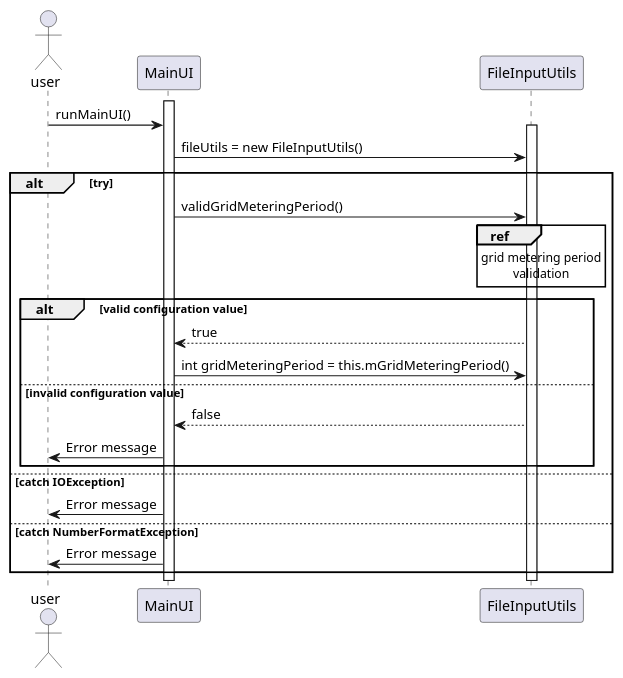
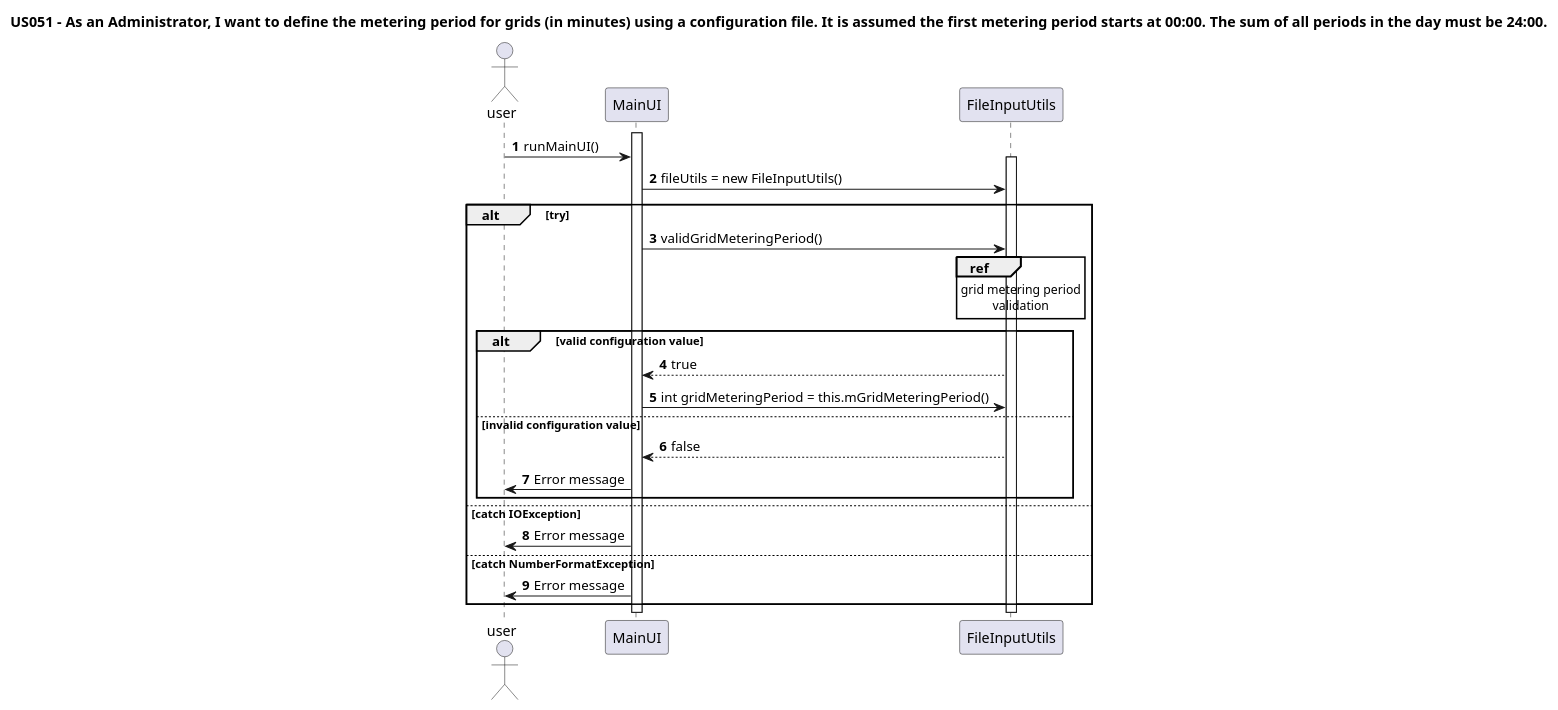
Before and after one commit to Almadanmp/project: the diagram in uml/US51/US51.puml, drawn with PlantUML. The commit also changed other lines of this file and 4 other files, not shown here.

Commit message:
REF #96 US70 UML sequence diagrams alternative

```diff
--- a/uml/US51/US51.puml
+++ b/uml/US51/US51.puml
@@ -3,31 +1,35 @@
 @startuml
+title US051 - As an Administrator, I want to define the metering period for grids (in minutes) using a configuration file. It is assumed the first metering period starts at 00:00. The sum of all periods in the day must be 24:00.
+
+autonumber
+
 actor user
 activate MainUI
 user -> MainUI: runMainUI()
 activate FileInputUtils
 MainUI -> FileInputUtils: fileUtils = new FileInputUtils()
 
 alt try
 MainUI -> FileInputUtils: validGridMeteringPeriod()
 
 ref over FileInputUtils
 grid metering period
 validation
 end ref
 
 alt valid configuration value
 FileInputUtils --> MainUI: true
 MainUI -> FileInputUtils: int gridMeteringPeriod = this.mGridMeteringPeriod()
 
 else invalid configuration value
 FileInputUtils --> MainUI: false
 MainUI -> user: Error message
 end
 
 else catch IOException
 MainUI -> user: Error message
 else catch NumberFormatException
 MainUI -> user: Error message
 
 end
 @enduml
```
